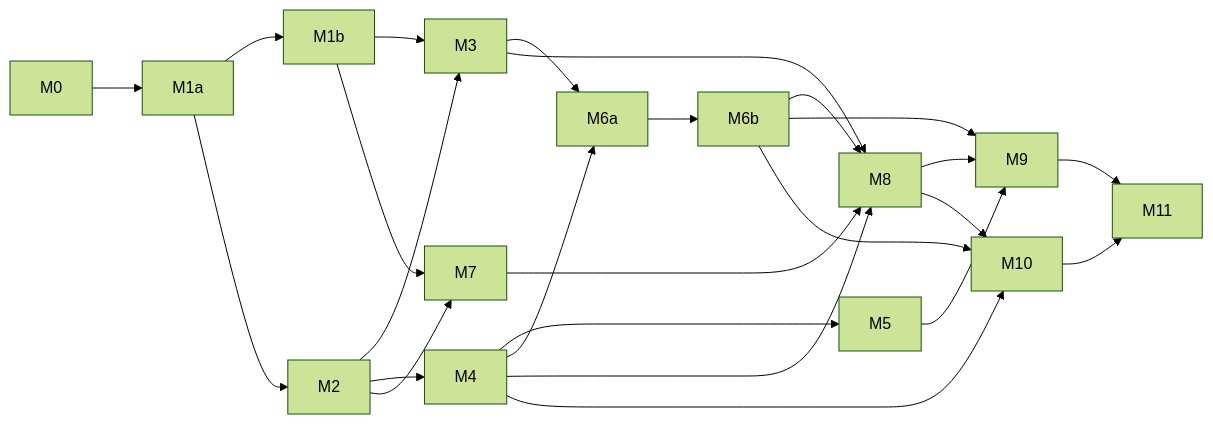
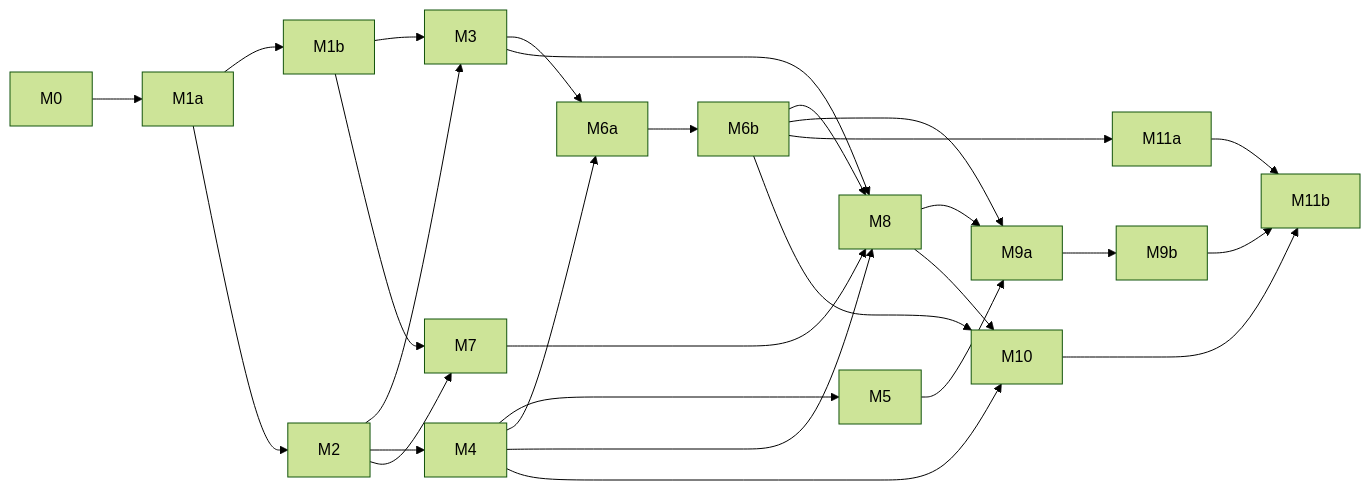
The sixth of 6 diagrams in docs/PLAN.md (BigBoyDevBox/Neutrodyne), drawn with Mermaid (forest theme) before and after one commit. The commit also changed other lines of this file and 11 other files, not shown here.

````diff
--- a/docs/PLAN.md
+++ b/docs/PLAN.md
@@ -612,24 +699,26 @@
 ```mermaid
 flowchart LR
   M0 --> M1a --> M1b
   M1a --> M2
   M1b --> M3
   M2 --> M3
   M2 --> M4 --> M5
   M3 --> M6a
   M4 --> M6a --> M6b
   M1b --> M7
   M2 --> M7
   M3 --> M8
   M4 --> M8
   M6b --> M8
   M7 --> M8
-  M8 --> M9
-  M5 --> M9
-  M6b --> M9
+  M8 --> M9a --> M9b
+  M5 --> M9a
+  M6b --> M9a
+  M6b --> M11a
   M4 --> M10
   M6b --> M10
   M8 --> M10
-  M9 --> M11
-  M10 --> M11
+  M9b --> M11b
+  M10 --> M11b
+  M11a --> M11b
 ```
````
